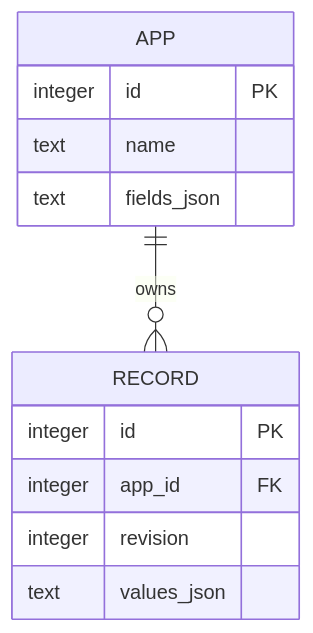
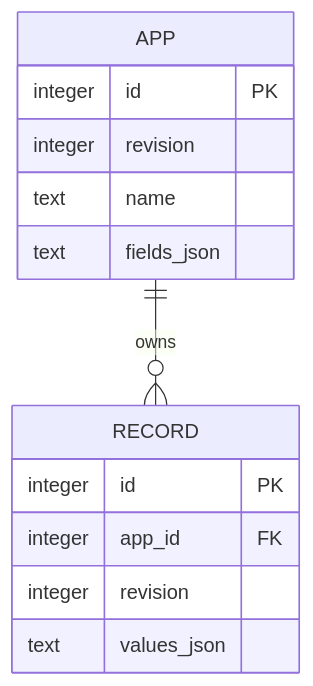
Before and after one commit to haranishi/business-apps-rs: the second of 2 diagrams in docs/design.md, drawn with Mermaid. The commit also changed other lines of this file and 14 other files, not shown here.

````diff
--- a/docs/design.md
+++ b/docs/design.md
@@ -33,15 +40,16 @@
 ```mermaid
 erDiagram
   APP ||--o{ RECORD : owns
   APP {
     integer id PK
+    integer revision
     text name
     text fields_json
   }
   RECORD {
     integer id PK
     integer app_id FK
     integer revision
     text values_json
   }
 ```
````
